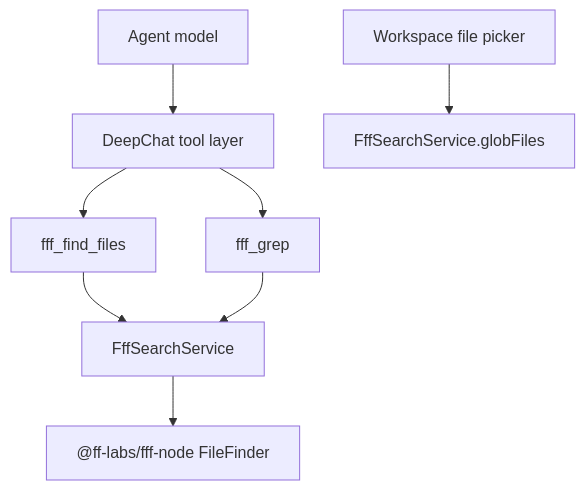
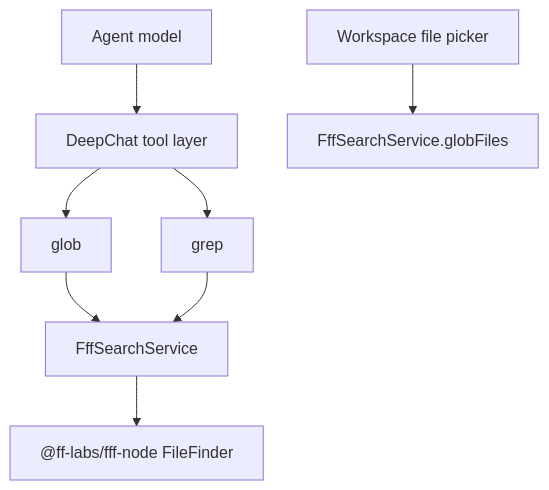
One commit to ThinkInAIXYZ/deepchat changed the diagram in docs/architecture/agent-fff-node-api-search/plan.md. Above: the diagram before and after it, drawn with Mermaid. The commit also changed other lines of this file and 15 other files, not shown here.

Commit message:
fix(agent): expose search as glob grep

````diff
--- a/docs/architecture/agent-fff-node-api-search/plan.md
+++ b/docs/architecture/agent-fff-node-api-search/plan.md
@@ -5,10 +5,10 @@
 ```mermaid
 flowchart TD
   M["Agent model"] --> T["DeepChat tool layer"]
-  T --> FF["fff_find_files"]
-  T --> FG["fff_grep"]
+  T --> FF["glob"]
+  T --> FG["grep"]
   FF --> S["FffSearchService"]
   FG --> S
   W["Workspace file picker"] --> G["FffSearchService.globFiles"]
   S --> N["@ff-labs/fff-node FileFinder"]
 ```
````
